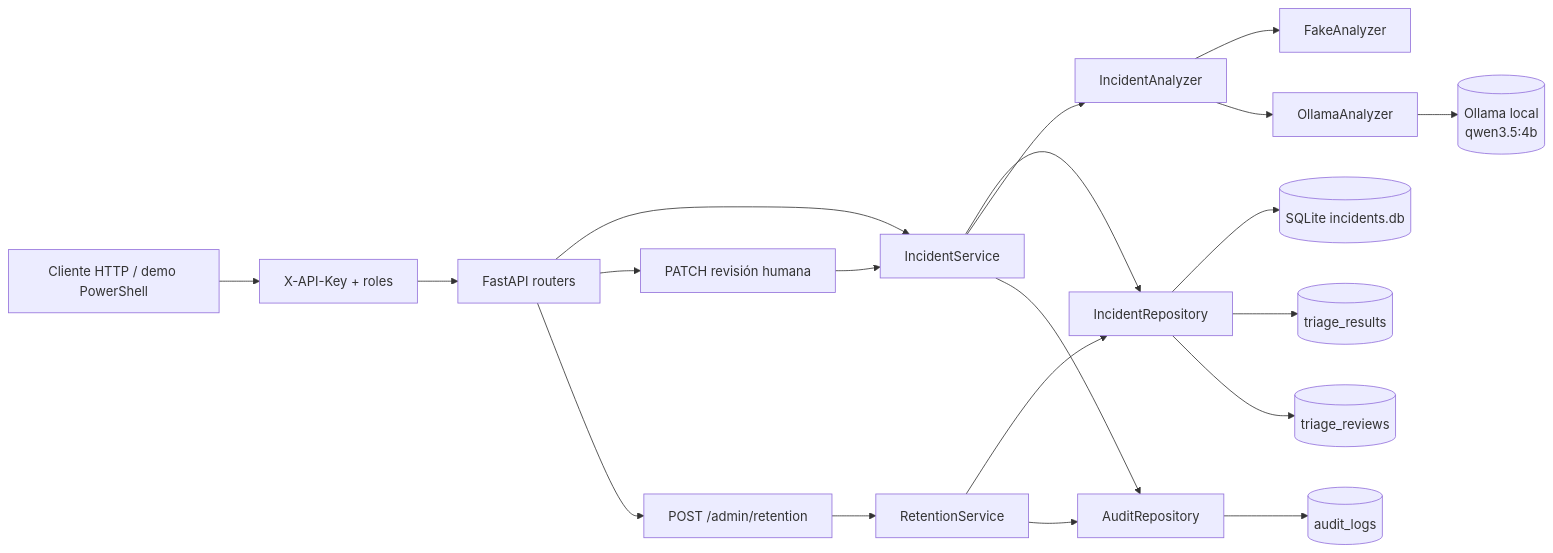
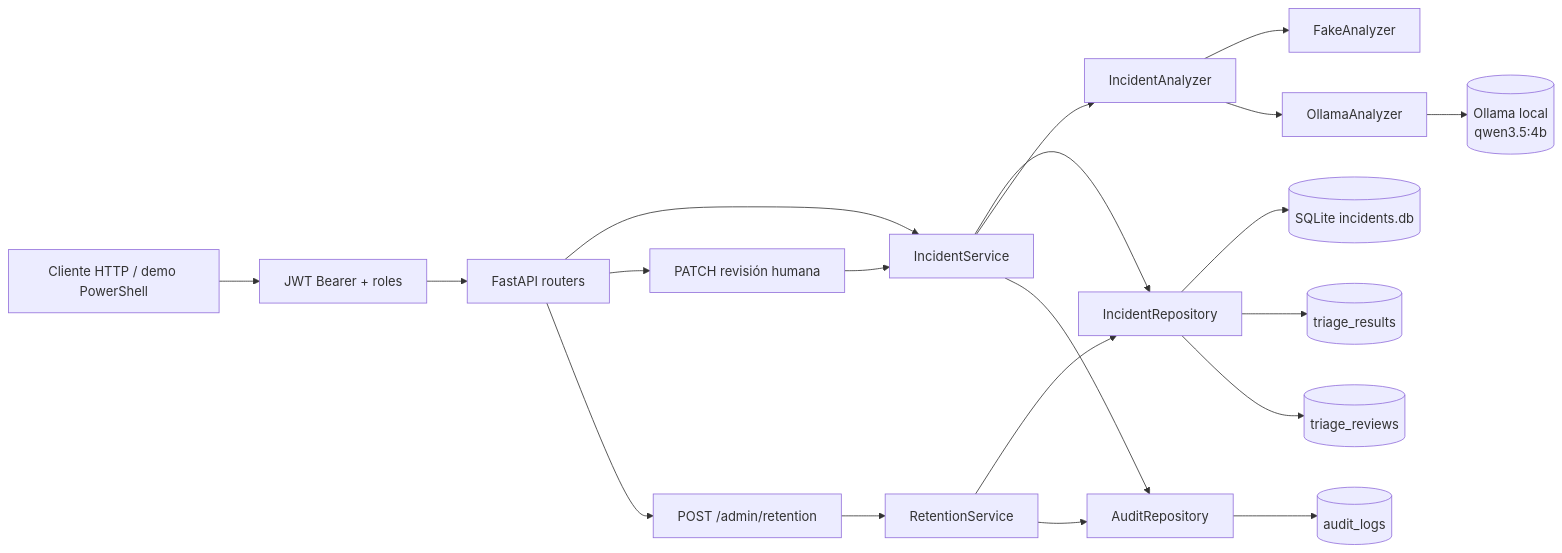
One commit to asobrados03/ai-incident-triage changed the diagram in README.md. Above: the diagram before and after it, drawn with Mermaid. The commit also changed other lines of this file and 87 other files, not shown here.

````diff
--- a/README.md
+++ b/README.md
@@ -25,22 +25,22 @@
 ```mermaid
 flowchart LR
-    Client[Cliente HTTP / demo PowerShell] --> Auth[X-API-Key + roles]
+    Client[Cliente HTTP / demo PowerShell] --> Auth[JWT Bearer + roles]
     Auth --> API[FastAPI routers]
     API --> Service[IncidentService]
     Service --> Repo[IncidentRepository]
     Repo --> SQLite[(SQLite incidents.db)]
     Service --> Analyzer[IncidentAnalyzer]
     Analyzer --> Fake[FakeAnalyzer]
     Analyzer --> Ollama[OllamaAnalyzer]
     Ollama --> Runtime[(Ollama local\nqwen3.5:4b)]
     API --> Review[PATCH revisión humana]
     Review --> Service
     Repo --> Triage[(triage_results)]
     Repo --> Reviews[(triage_reviews)]
     Service --> Audit[AuditRepository]
     Audit --> AuditLogs[(audit_logs)]
     API --> Retention[POST /admin/retention]
     Retention --> RetentionService[RetentionService]
     RetentionService --> Repo
     RetentionService --> Audit
 ```
````
